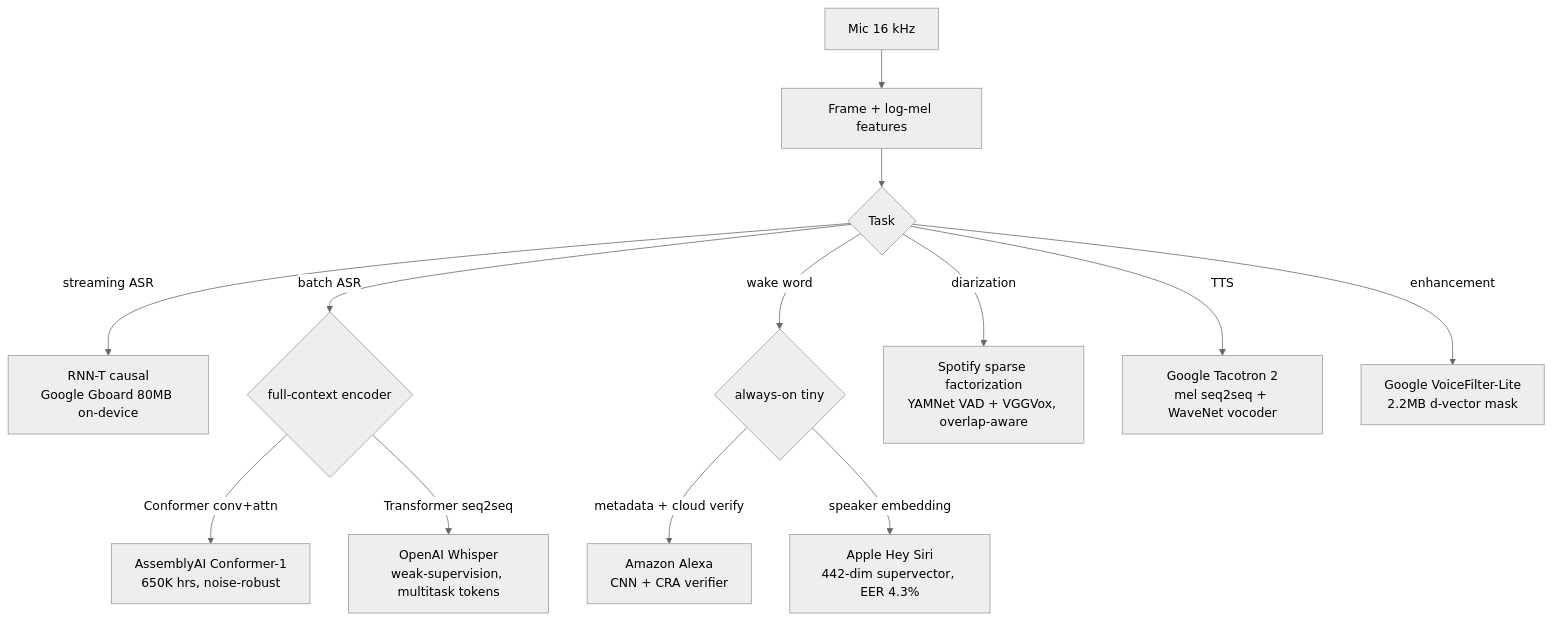
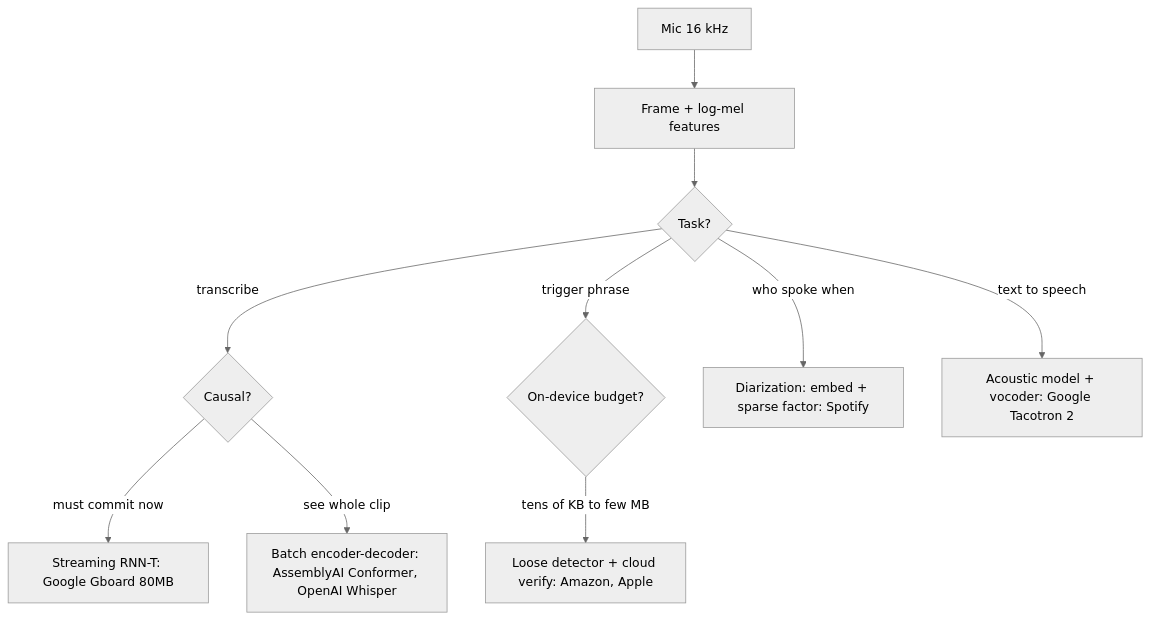
Before and after one commit to neurarch-ai/awesome-ml-system-design: diagram 15 of 36 in CASE-STUDIES.md, drawn with Mermaid (neutral theme). The commit also changed other lines of this file, not shown here.

````diff
--- a/CASE-STUDIES.md
+++ b/CASE-STUDIES.md
@@ -408,15 +596,12 @@
 ```mermaid
 flowchart TD
   A[Mic 16 kHz] --> B[Frame + log-mel features]
-  B --> C{Task}
-  C -- streaming ASR --> D[RNN-T causal<br/>Google Gboard 80MB on-device]
-  C -- batch ASR --> E{full-context encoder}
-  E -- Conformer conv+attn --> F[AssemblyAI Conformer-1<br/>650K hrs, noise-robust]
-  E -- Transformer seq2seq --> G[OpenAI Whisper<br/>weak-supervision, multitask tokens]
-  C -- wake word --> H{always-on tiny}
-  H -- metadata + cloud verify --> I[Amazon Alexa<br/>CNN + CRA verifier]
-  H -- speaker embedding --> J[Apple Hey Siri<br/>442-dim supervector, EER 4.3%]
-  C -- diarization --> K[Spotify sparse factorization<br/>YAMNet VAD + VGGVox, overlap-aware]
-  C -- TTS --> L[Google Tacotron 2<br/>mel seq2seq + WaveNet vocoder]
-  C -- enhancement --> M[Google VoiceFilter-Lite<br/>2.2MB d-vector mask]
+  B --> C{Task?}
+  C -- transcribe --> D{Causal?}
+  C -- trigger phrase --> E{On-device budget?}
+  C -- who spoke when --> F[Diarization: embed + sparse factor: Spotify]
+  C -- text to speech --> G[Acoustic model + vocoder: Google Tacotron 2]
+  D -- must commit now --> H[Streaming RNN-T: Google Gboard 80MB]
+  D -- see whole clip --> I[Batch encoder-decoder: AssemblyAI Conformer, OpenAI Whisper]
+  E -- tens of KB to few MB --> J[Loose detector + cloud verify: Amazon, Apple]
 ```
````
